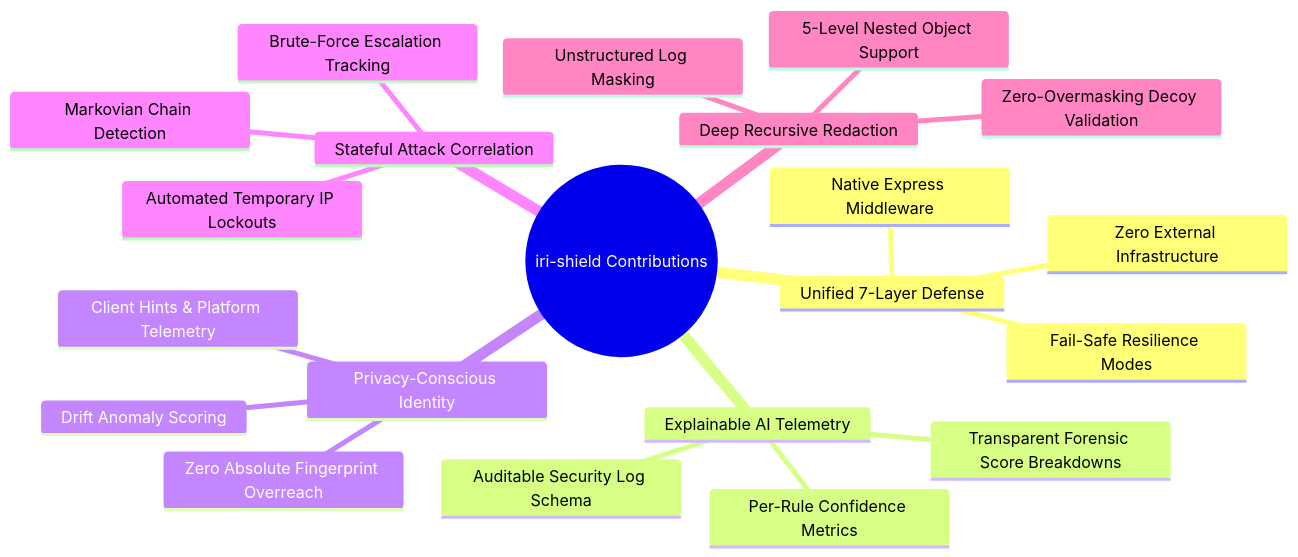
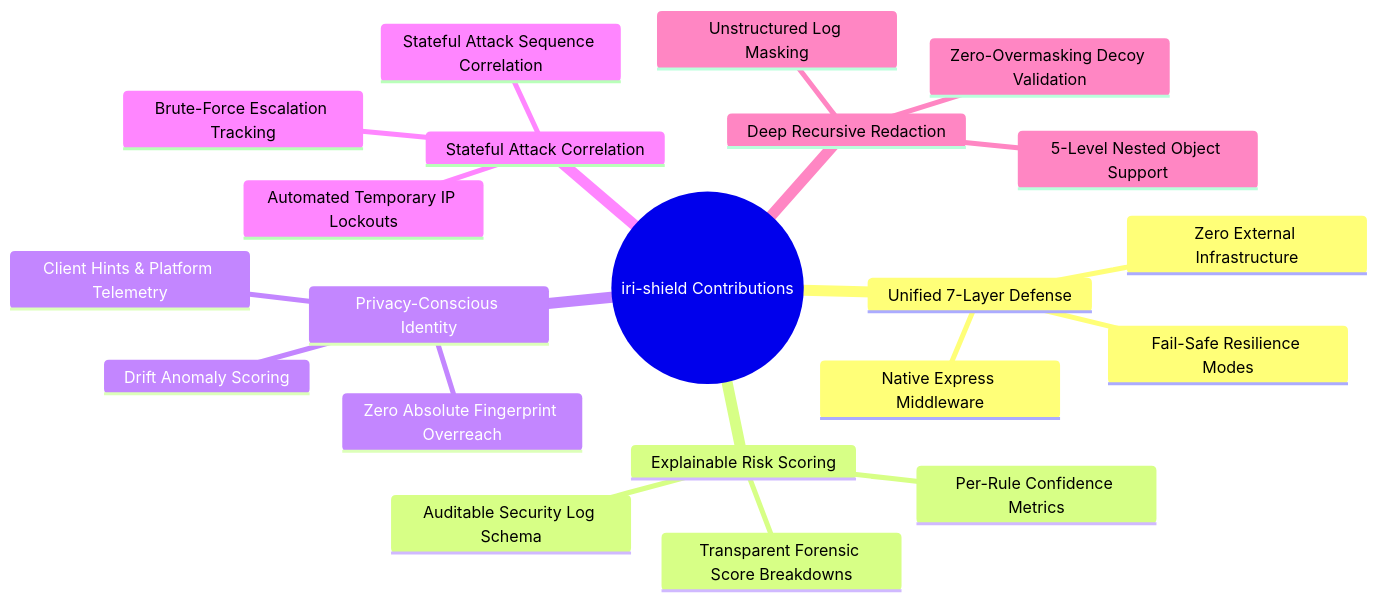
Before and after one commit to ansari-in/iri-shield: the first of 9 diagrams in research-project.md, drawn with Mermaid. The commit also changed 1 other file, not shown here.

Commit message:
update readme add testing phase off testing : { enabled : false, alloClit... : false}

````diff
--- a/research-project.md
+++ b/research-project.md
@@ -156,24 +156,24 @@
 ```mermaid
 mindmap
   root((iri-shield Contributions))
     Unified 7-Layer Defense
       Zero External Infrastructure
       Native Express Middleware
       Fail-Safe Resilience Modes
-    Explainable AI Telemetry
+    Explainable Risk Scoring
       Per-Rule Confidence Metrics
       Transparent Forensic Score Breakdowns
       Auditable Security Log Schema
     Privacy-Conscious Identity
       Drift Anomaly Scoring
       Client Hints & Platform Telemetry
       Zero Absolute Fingerprint Overreach
     Stateful Attack Correlation
-      Markovian Chain Detection
+      Stateful Attack Sequence Correlation
       Brute-Force Escalation Tracking
       Automated Temporary IP Lockouts
     Deep Recursive Redaction
       Zero-Overmasking Decoy Validation
       5-Level Nested Object Support
       Unstructured Log Masking
 ```
````
